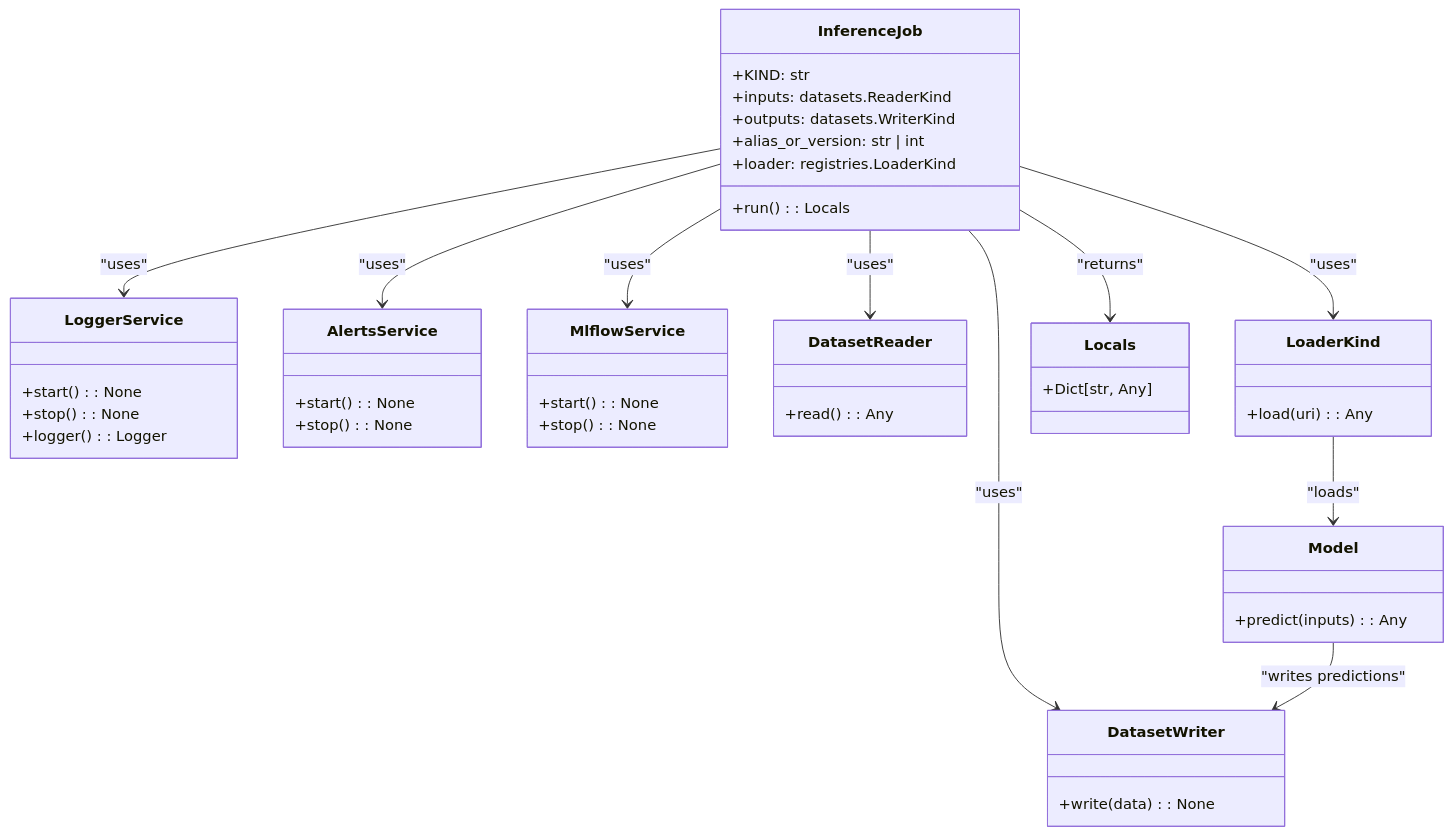
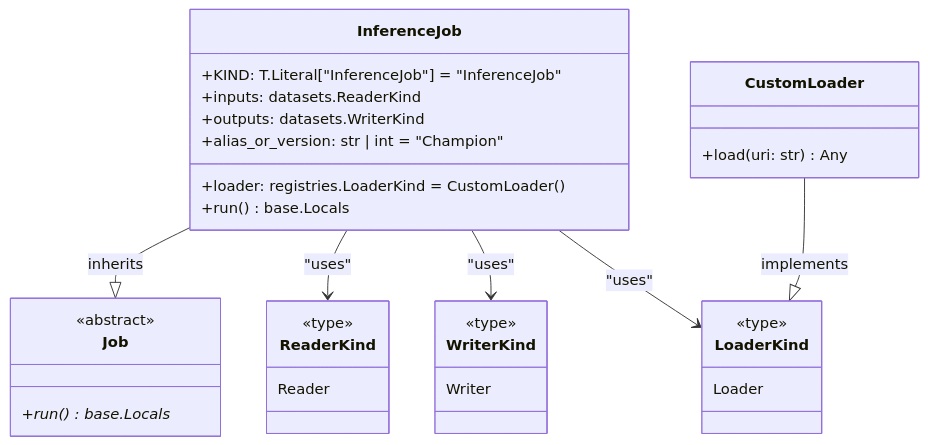
Before and after one commit to lgcorzo/mlops-python-package: the diagram in Documents/Inference_stories.md, drawn with Mermaid. The commit also changed other lines of this file and 21 other files, not shown here.

````diff
--- a/Documents/Inference_stories.md
+++ b/Documents/Inference_stories.md
@@ -21,58 +21,41 @@
 ```mermaid
 classDiagram
     class InferenceJob {
-        +KIND: str
+        +KIND: T.Literal["InferenceJob"] = "InferenceJob"
         +inputs: datasets.ReaderKind
         +outputs: datasets.WriterKind
-        +alias_or_version: str | int
-        +loader: registries.LoaderKind
-        +run() : Locals
+        +alias_or_version: str | int = "Champion"
+        +loader: registries.LoaderKind = CustomLoader()
+        +run() base.Locals
     }
 
-    class LoggerService {
-        +start() : None
-        +stop() : None
-        +logger() : Logger
+    class Job {
+        <<abstract>>
+        +run()* base.Locals
+    }
+    InferenceJob --|> Job : inherits
+
+    class ReaderKind {
+        <<type>>
+        Reader
     }
 
-    class AlertsService {
-        +start() : None
-        +stop() : None
-    }
-
-    class MlflowService {
-        +start() : None
-        +stop() : None
-    }
-
-    class DatasetReader {
-        +read() : Any
-    }
-
-    class DatasetWriter {
-        +write(data) : None
+    class WriterKind {
+        <<type>>
+        Writer
     }
 
     class LoaderKind {
-        +load(uri) : Any
+        <<type>>
+        Loader
     }
 
-    class Model {
-        +predict(inputs) : Any
+    class CustomLoader {
+        +load(uri: str) Any
     }
+    CustomLoader --|> LoaderKind : implements
 
-    class Locals {
-        +Dict[str, Any]
-    }
-
-    InferenceJob --> LoggerService : "uses"
-    InferenceJob --> AlertsService : "uses"
-    InferenceJob --> MlflowService : "uses"
+    InferenceJob --> ReaderKind : "uses"
+    InferenceJob --> WriterKind : "uses"
     InferenceJob --> LoaderKind : "uses"
-    InferenceJob --> DatasetReader : "uses"
-    InferenceJob --> DatasetWriter : "uses"
-    LoaderKind --> Model : "loads"
-    Model --> DatasetWriter : "writes predictions"
-    InferenceJob --> Locals : "returns"
-
 ```
````
